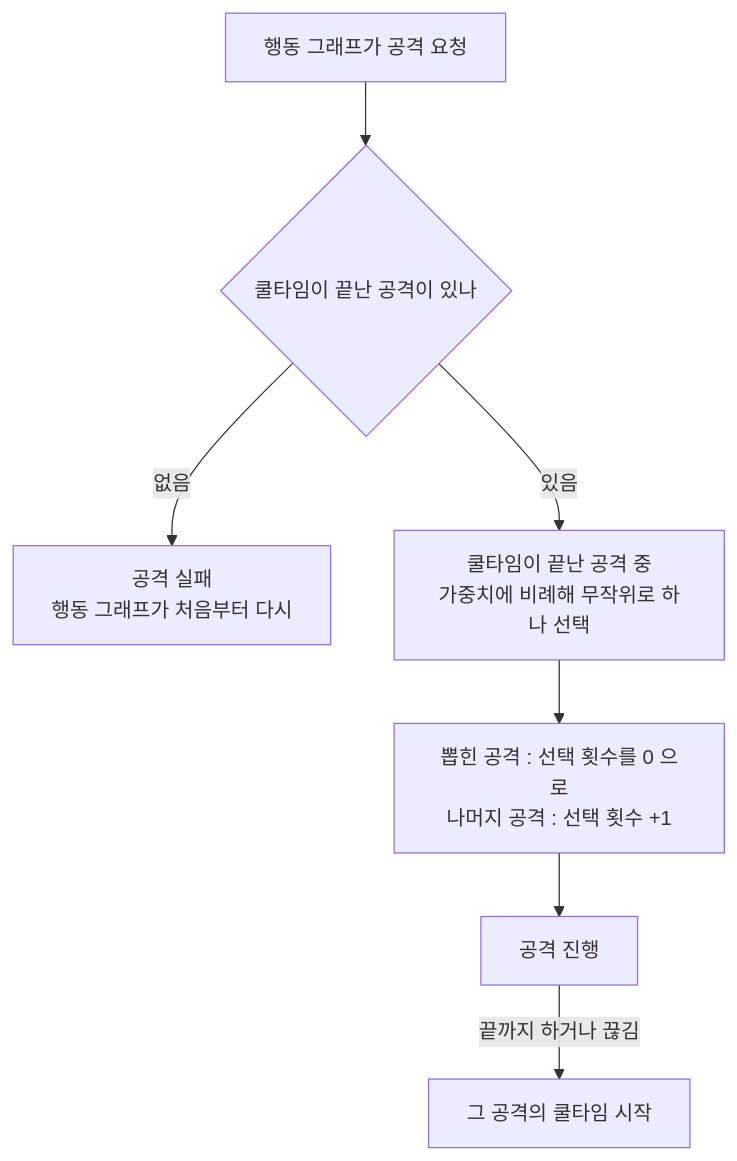
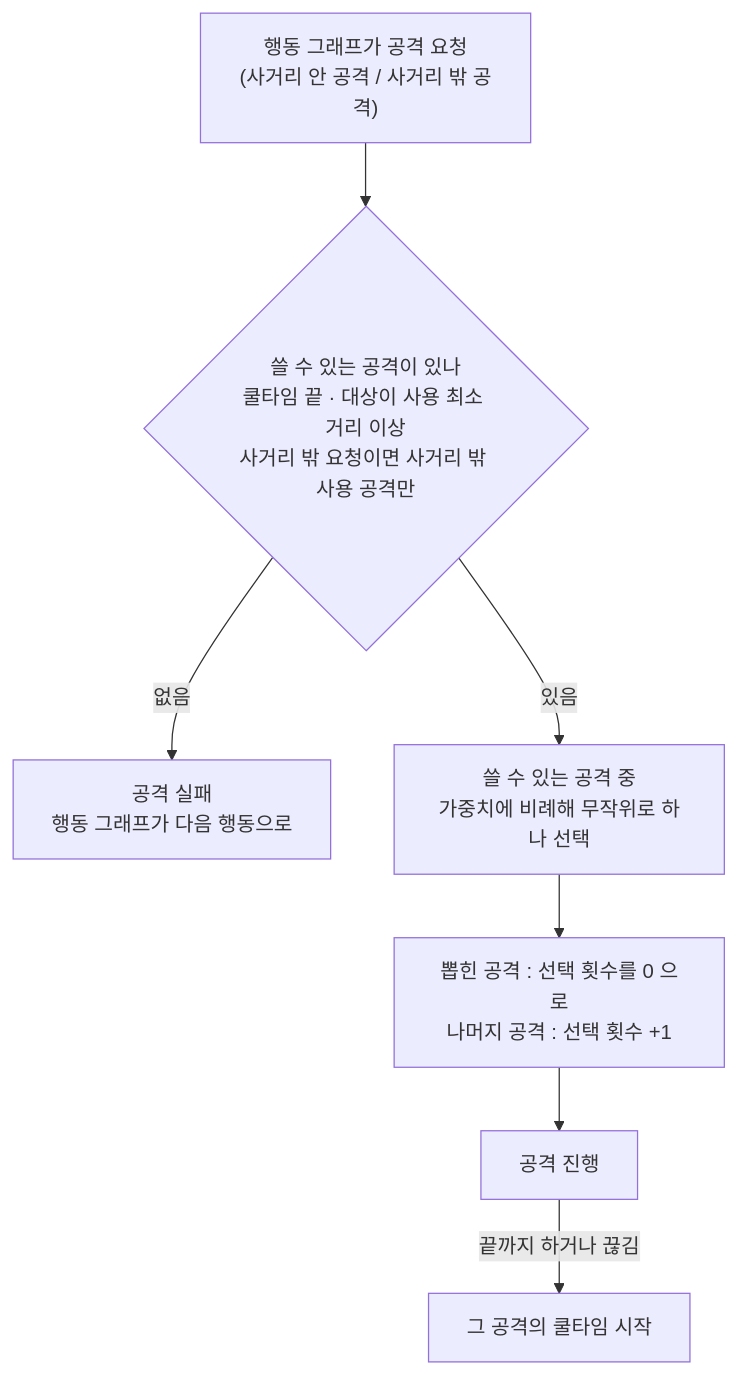
One commit to SquashPrince/Develrocket_mp15_HHH changed the first of 2 diagrams in Docs/Technical/Enemy/EnemyAttack.md. Above: the diagram before and after it, drawn with Mermaid. The commit also changed other lines of this file and 3 other files, not shown here.

````diff
--- a/Docs/Technical/Enemy/EnemyAttack.md
+++ b/Docs/Technical/Enemy/EnemyAttack.md
@@ -20,9 +20,9 @@
 ```mermaid
 flowchart TD
-    A["행동 그래프가 공격 요청"] --> C{"쿨타임이 끝난 공격이 있나"}
-    C -->|"없음"| F["공격 실패<br>행동 그래프가 처음부터 다시"]
-    C -->|"있음"| W["쿨타임이 끝난 공격 중<br>가중치에 비례해 무작위로 하나 선택"]
+    A["행동 그래프가 공격 요청<br>(사거리 안 공격 / 사거리 밖 공격)"] --> C{"쓸 수 있는 공격이 있나<br>쿨타임 끝 · 대상이 사용 최소 거리 이상<br>사거리 밖 요청이면 사거리 밖 사용 공격만"}
+    C -->|"없음"| F["공격 실패<br>행동 그래프가 다음 행동으로"]
+    C -->|"있음"| W["쓸 수 있는 공격 중<br>가중치에 비례해 무작위로 하나 선택"]
     W --> U["뽑힌 공격 : 선택 횟수를 0 으로<br>나머지 공격 : 선택 횟수 +1"]
     U --> P["공격 진행"]
     P -->|"끝까지 하거나 끊김"| CD["그 공격의 쿨타임 시작"]
 ```
````
